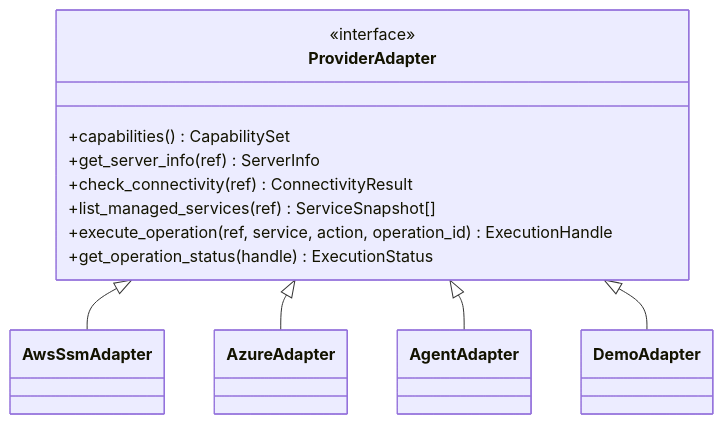
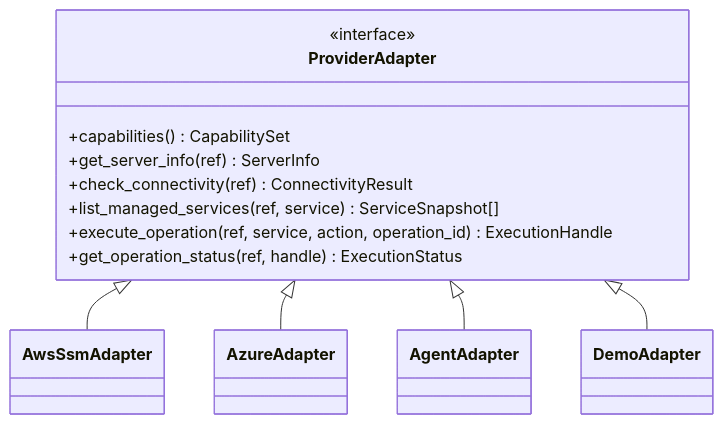
The seventh of 14 diagrams in docs/ARCHITECTURE.md (Sanjay0629/devops-dashboard), drawn with Mermaid before and after one commit. The commit also changed other lines of this file and 28 other files, not shown here.

````diff
--- a/docs/ARCHITECTURE.md
+++ b/docs/ARCHITECTURE.md
@@ -386,16 +386,16 @@
 ```mermaid
 classDiagram
     class ProviderAdapter {
         <<interface>>
         +capabilities() CapabilitySet
         +get_server_info(ref) ServerInfo
         +check_connectivity(ref) ConnectivityResult
-        +list_managed_services(ref) ServiceSnapshot[]
+        +list_managed_services(ref, service) ServiceSnapshot[]
         +execute_operation(ref, service, action, operation_id) ExecutionHandle
-        +get_operation_status(handle) ExecutionStatus
+        +get_operation_status(ref, handle) ExecutionStatus
     }
     ProviderAdapter <|-- AwsSsmAdapter
     ProviderAdapter <|-- AzureAdapter
     ProviderAdapter <|-- AgentAdapter
     ProviderAdapter <|-- DemoAdapter
 ```
````
